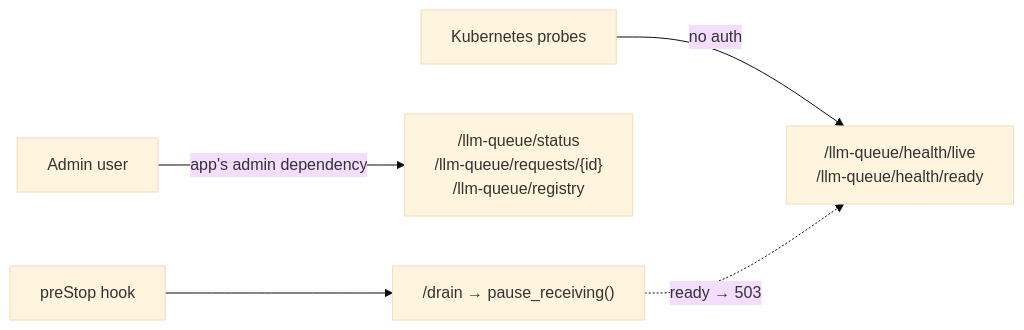
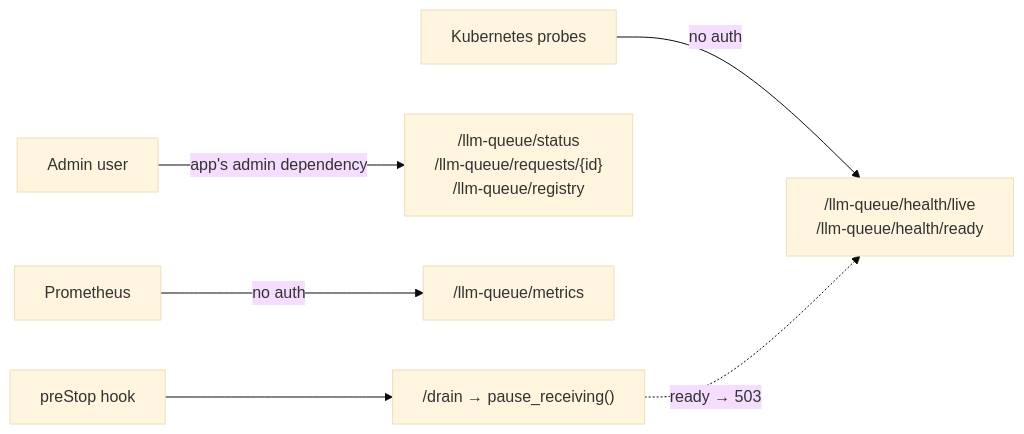
Before and after one commit to techiewonk/llm-queue: the diagram in docs/samples/http-router.md, drawn with Mermaid (base theme). The commit also changed other lines of this file and 9 other files, not shown here.

````diff
--- a/docs/samples/http-router.md
+++ b/docs/samples/http-router.md
@@ -6,7 +6,8 @@
 ```mermaid
 flowchart LR
   k8s["Kubernetes probes"] -- "no auth" --> h["/llm-queue/health/live<br/>/llm-queue/health/ready"]
   admin["Admin user"] -- "app's admin dependency" --> r["/llm-queue/status<br/>/llm-queue/requests/{id}<br/>/llm-queue/registry"]
+  prom["Prometheus"] -- "no auth" --> m["/llm-queue/metrics"]
   pre["preStop hook"] --> d["/drain → pause_receiving()"]
   d -. "ready → 503" .-> h
 ```
````
